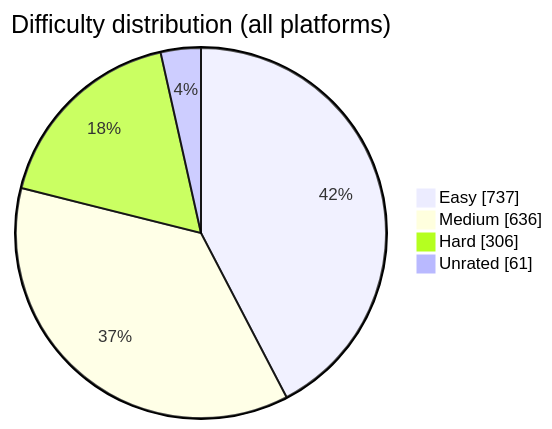
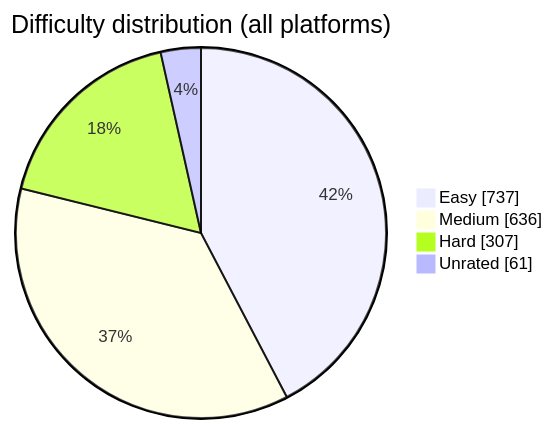
Before and after one commit to BuildbyArindam/Daily-Coding-Log: the diagram in README.md, drawn with Mermaid. The commit also changed other lines of this file, not shown here.

````diff
--- a/README.md
+++ b/README.md
@@ -93,7 +93,7 @@
 ```mermaid
 pie showData title Difficulty distribution (all platforms)
     "Easy" : 737
     "Medium" : 636
-    "Hard" : 306
+    "Hard" : 307
     "Unrated" : 61
 ```
````
